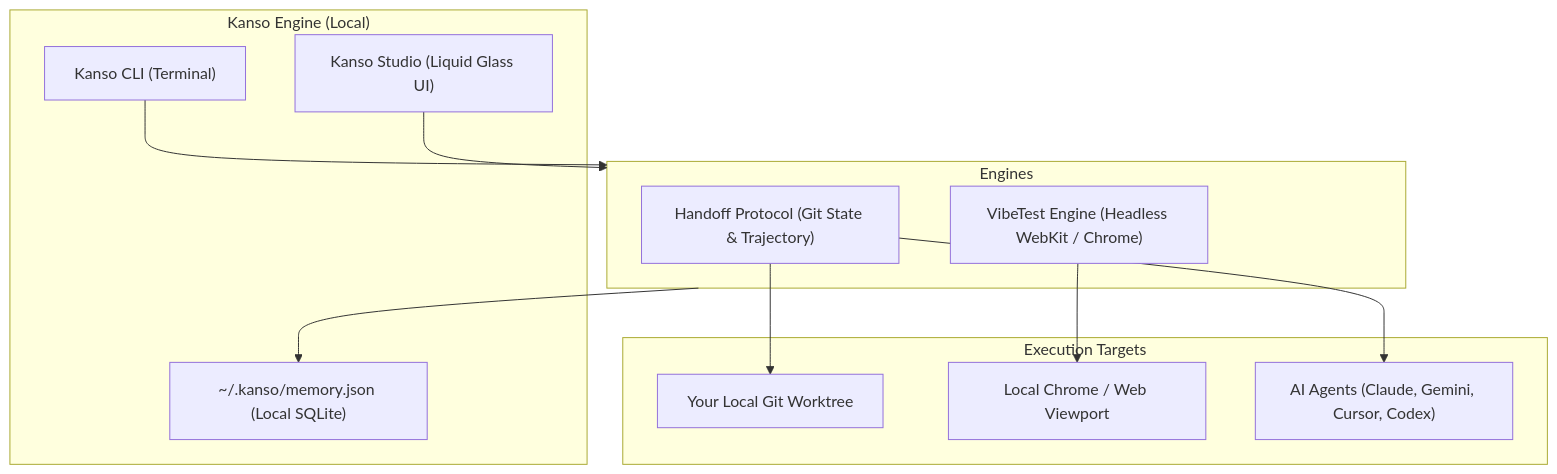
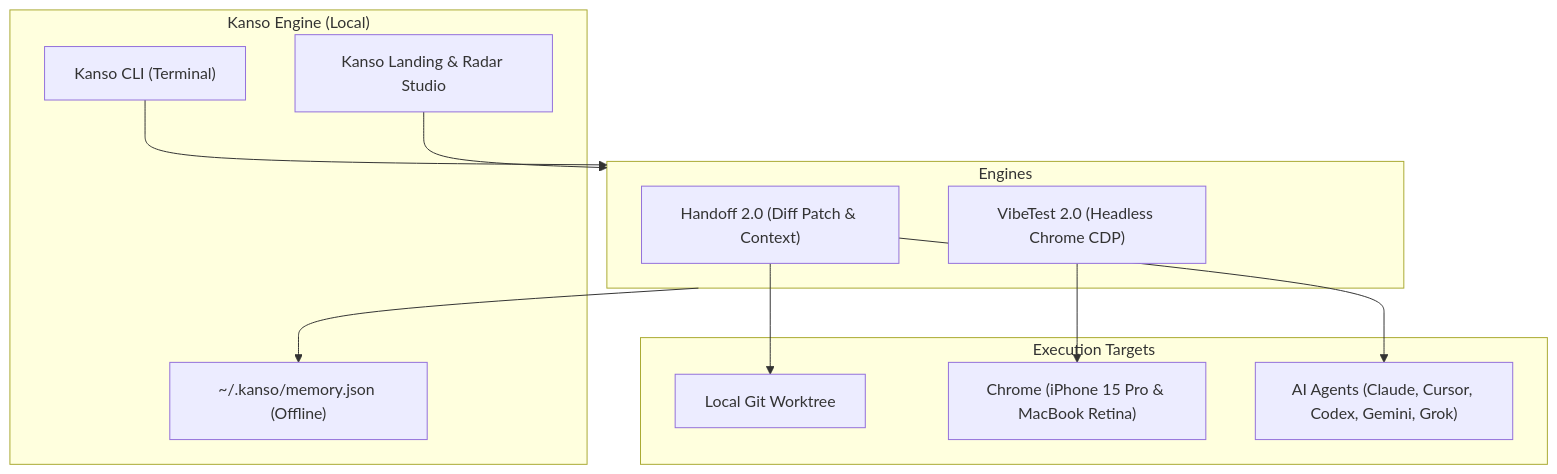
One commit to Andrew-Express-Agency/kanso changed the diagram in README.md. Above: the diagram before and after it, drawn with Mermaid. The commit also changed other lines of this file and 3 other files, not shown here.

````diff
--- a/README.md
+++ b/README.md
@@ -100,26 +160,26 @@
 ```mermaid
 flowchart TD
     subgraph Kanso ["Kanso Engine (Local)"]
         CLI["Kanso CLI (Terminal)"]
-        Desktop["Kanso Studio (Liquid Glass UI)"]
-        Memory["~/.kanso/memory.json (Local SQLite)"]
+        Site["Kanso Landing & Radar Studio"]
+        Memory["~/.kanso/memory.json (Offline)"]
     end
 
     subgraph Operations ["Engines"]
-        Handoff["Handoff Protocol (Git State & Trajectory)"]
-        Vibe["VibeTest Engine (Headless WebKit / Chrome)"]
+        Handoff["Handoff 2.0 (Diff Patch & Context)"]
+        Vibe["VibeTest 2.0 (Headless Chrome CDP)"]
     end
 
     subgraph Targets ["Execution Targets"]
-        GitRepo["Your Local Git Worktree"]
-        Browser["Local Chrome / Web Viewport"]
-        Agents["AI Agents (Claude, Gemini, Cursor, Codex)"]
+        GitRepo["Local Git Worktree"]
+        Browser["Chrome (iPhone 15 Pro & MacBook Retina)"]
+        Agents["AI Agents (Claude, Cursor, Codex, Gemini, Grok)"]
     end
 
     CLI --> Operations
-    Desktop --> Operations
+    Site --> Operations
     Operations --> Memory
     Handoff --> GitRepo
     Vibe --> Browser
     Handoff --> Agents
 ```
````
